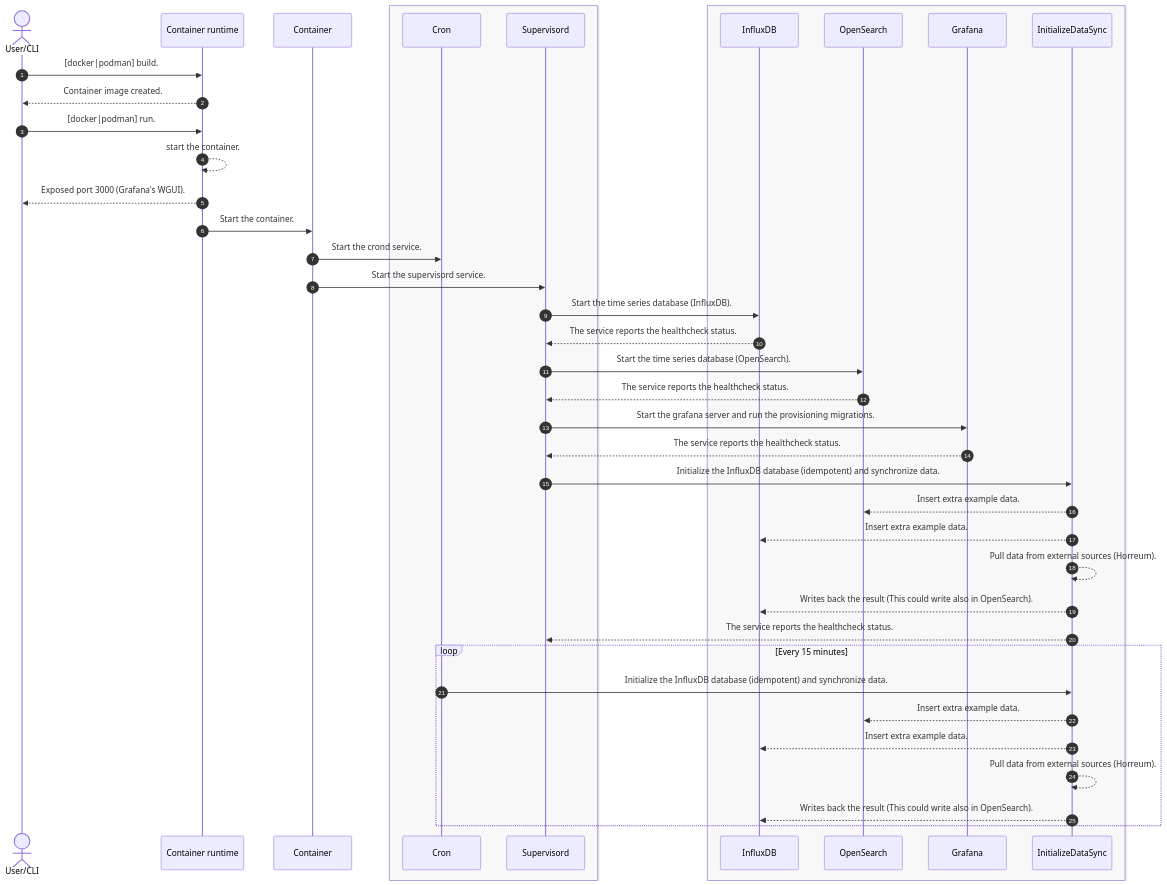
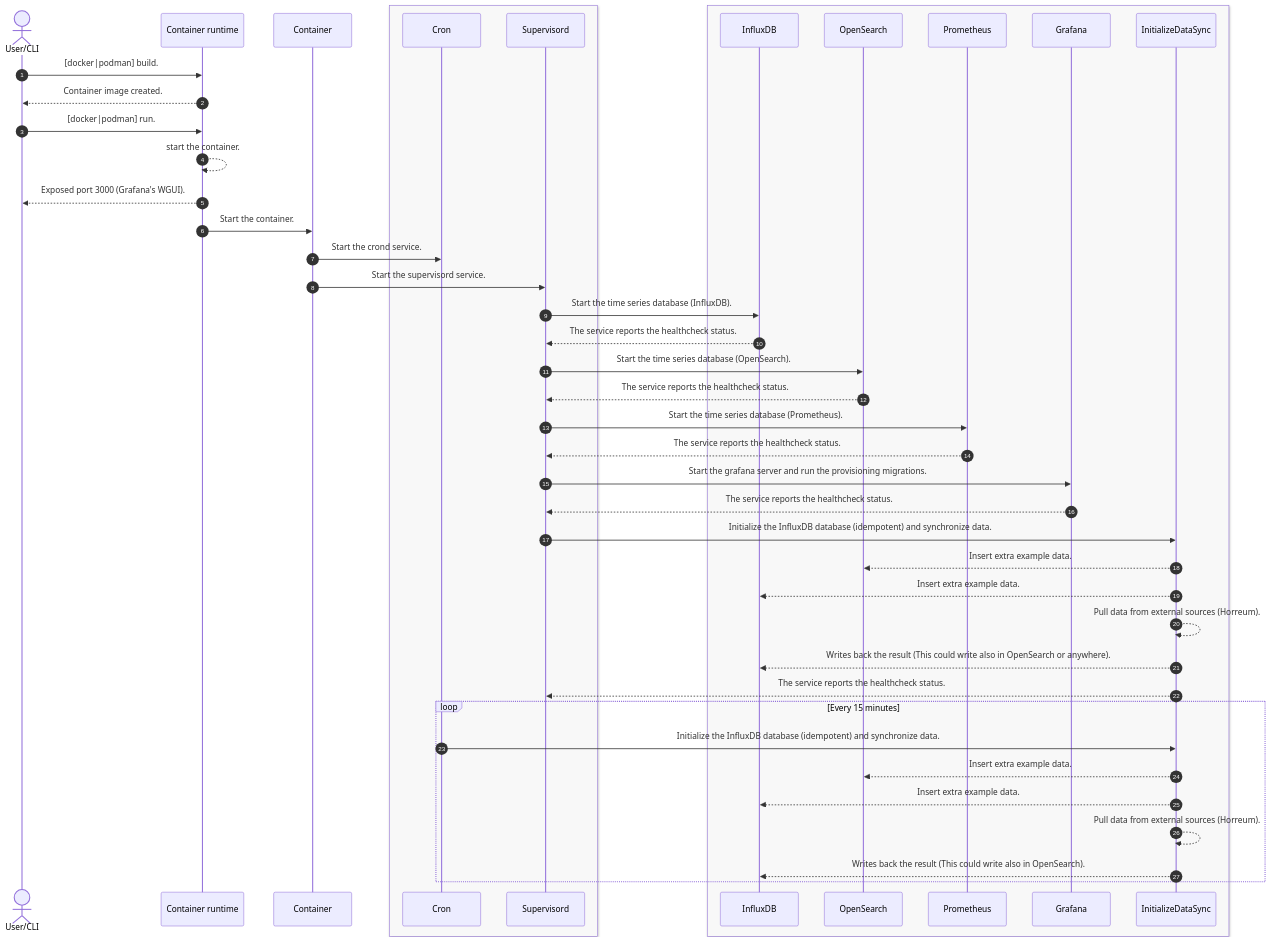
One commit to ccamacho/grafana-aio changed the second of 2 diagrams in README.md. Above: the diagram before and after it, drawn with Mermaid. The commit also changed other lines of this file and 1 other file, not shown here.

````diff
--- a/README.md
+++ b/README.md
@@ -116,51 +150,55 @@
 ```mermaid
 sequenceDiagram
     autonumber
     actor User/CLI
     User/CLI->>Container runtime: [docker|podman] build.
     Container runtime-->>User/CLI: Container image created.
     User/CLI->>Container runtime: [docker|podman] run.
     Container runtime-->>Container runtime: start the container.
     Container runtime-->>User/CLI: Exposed port 3000 (Grafana's WGUI).
     Container runtime->>Container: Start the container.
 
     box rgb(248,248,248)
         participant Cron
         participant Supervisord
     end
 
     Container->>Cron: Start the crond service.
 
     Container->>Supervisord: Start the supervisord service.
 
     box rgb(248,248,248)
         participant InfluxDB
         participant OpenSearch
+        participant Prometheus
         participant Grafana
         participant InitializeDataSync
     end
 
     Supervisord->>InfluxDB: Start the time series database (InfluxDB).
     InfluxDB-->>Supervisord: The service reports the healthcheck status.
 
     Supervisord->>OpenSearch: Start the time series database (OpenSearch).
     OpenSearch-->>Supervisord: The service reports the healthcheck status.
 
+    Supervisord->>Prometheus: Start the time series database (Prometheus).
+    Prometheus-->>Supervisord: The service reports the healthcheck status.
+
     Supervisord->>Grafana: Start the grafana server and run the provisioning migrations.
     Grafana-->>Supervisord: The service reports the healthcheck status.
 
     Supervisord->>InitializeDataSync: Initialize the InfluxDB database (idempotent) and synchronize data.
     InitializeDataSync-->>OpenSearch: Insert extra example data.
     InitializeDataSync-->>InfluxDB: Insert extra example data.
     InitializeDataSync-->>InitializeDataSync: Pull data from external sources (Horreum).
-    InitializeDataSync-->>InfluxDB: Writes back the result (This could write also in OpenSearch).
+    InitializeDataSync-->>InfluxDB: Writes back the result (This could write also in OpenSearch or anywhere).
 
     InitializeDataSync-->>Supervisord: The service reports the healthcheck status.
     loop Every 15 minutes
         Cron->>InitializeDataSync: Initialize the InfluxDB database (idempotent) and synchronize data.
         InitializeDataSync-->>OpenSearch: Insert extra example data.
         InitializeDataSync-->>InfluxDB: Insert extra example data.
         InitializeDataSync-->>InitializeDataSync: Pull data from external sources (Horreum).
         InitializeDataSync-->>InfluxDB: Writes back the result (This could write also in OpenSearch).
     end
 ```
````
